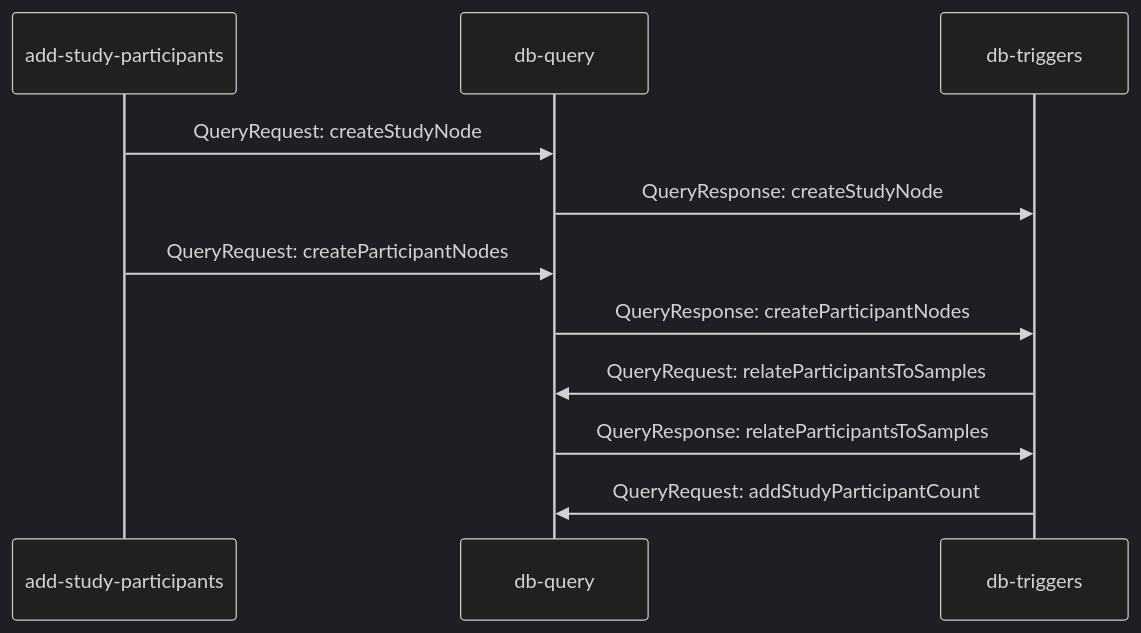
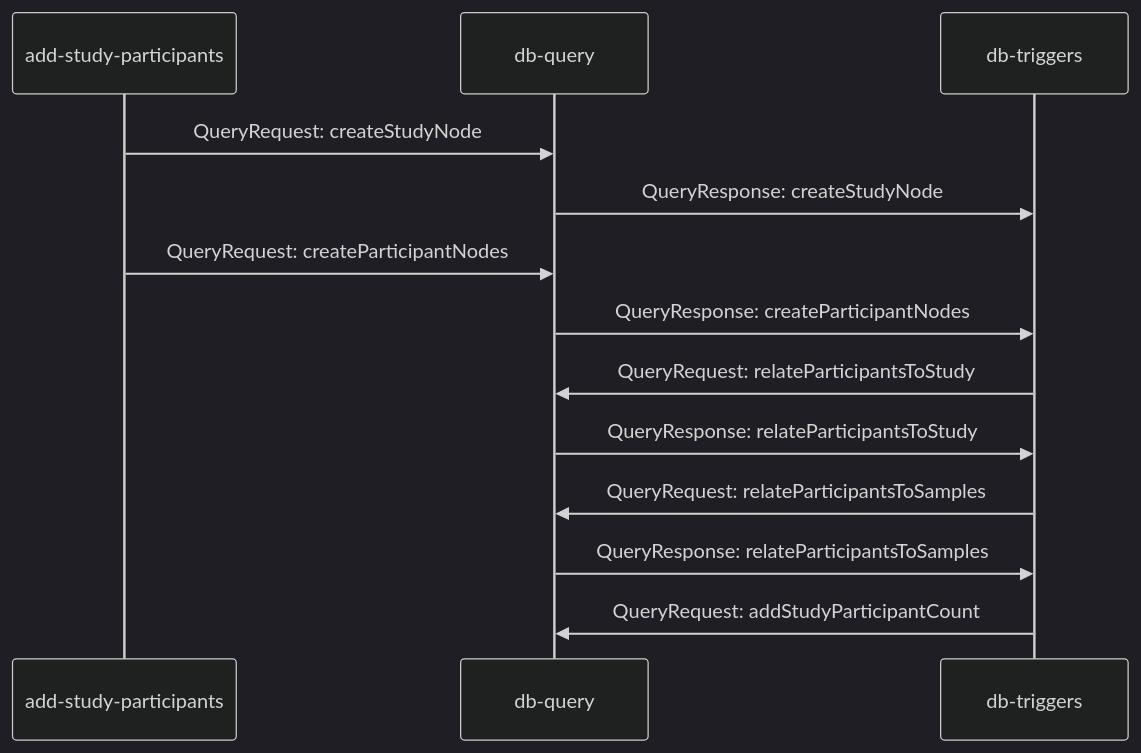
One commit to va-big-data-genomics/va-big-data-genomics.github.io changed the third of 3 diagrams in _posts/2023-05-12-adding-study-participants-to-neo4j.md. Above: the diagram before and after it, drawn with Mermaid (dark theme). The commit also changed other lines of this file, not shown here.

```diff
--- a/_posts/2023-05-12-adding-study-participants-to-neo4j.md
+++ b/_posts/2023-05-12-adding-study-participants-to-neo4j.md
@@ -93,10 +93,12 @@
 <div class="mermaid">
     sequenceDiagram
     add-study-participants ->> db-query: QueryRequest: createStudyNode
     db-query ->> db-triggers: QueryResponse: createStudyNode
     add-study-participants ->> db-query: QueryRequest: createParticipantNodes
     db-query ->> db-triggers: QueryResponse: createParticipantNodes
+    db-triggers ->> db-query: QueryRequest: relateParticipantsToStudy
+    db-query ->> db-triggers: QueryResponse: relateParticipantsToStudy
     db-triggers ->> db-query: QueryRequest: relateParticipantsToSamples
     db-query ->> db-triggers: QueryResponse: relateParticipantsToSamples
     db-triggers ->> db-query: QueryRequest: addStudyParticipantCount
 </div>
```
